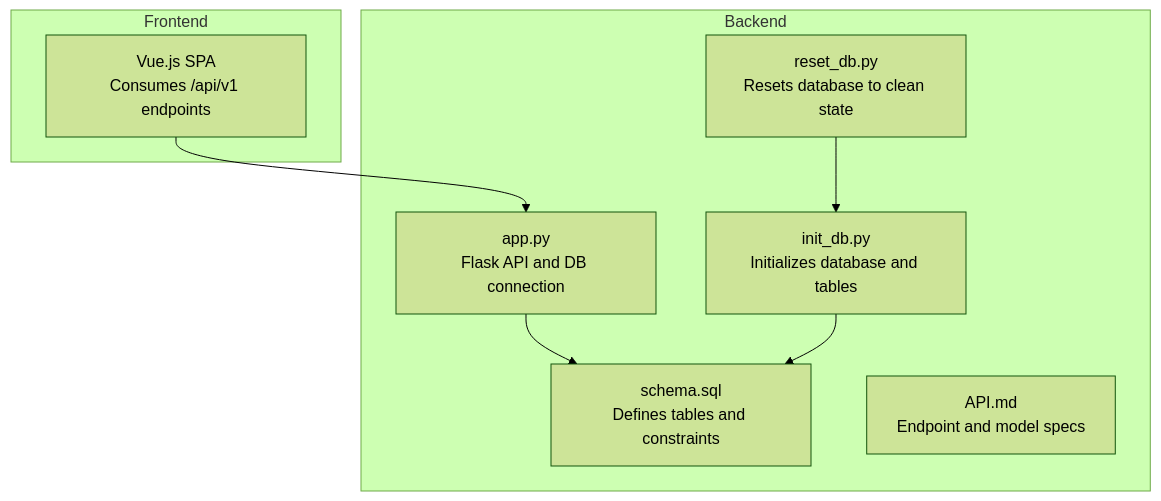
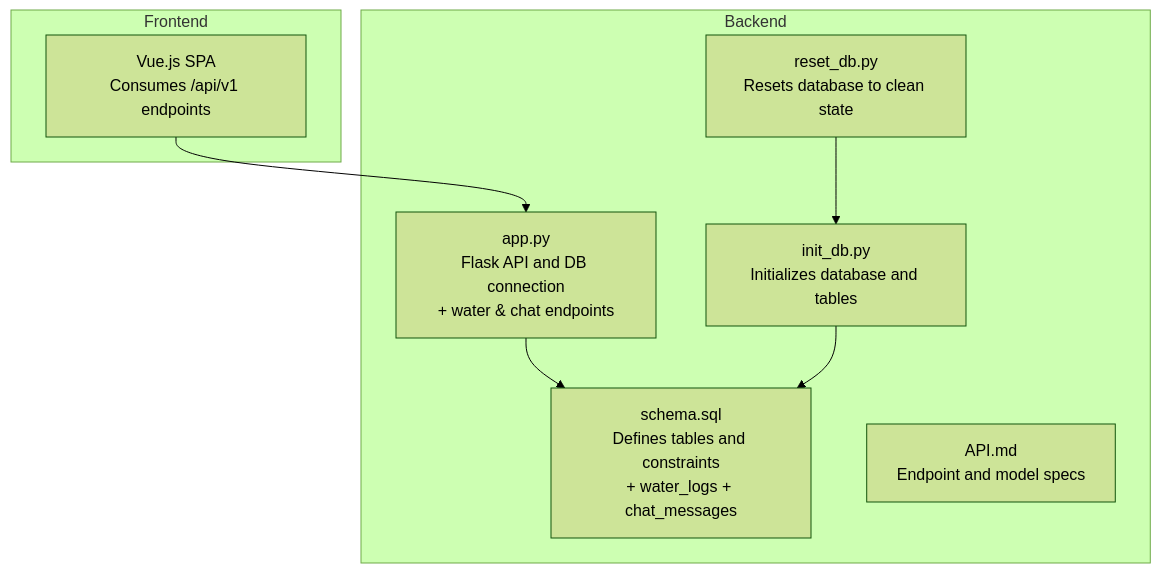
Before and after one commit to hsarjun04-netizen/NUTRICooACH: the first of 6 diagrams in .qoder/repowiki/en/content/Backend API Server/Database Schema Design.md, drawn with Mermaid (forest theme). The commit also changed other lines of this file and 8 other files, not shown here.

Commit message:
Redesign Dashboard: dark sidebar, hero banner, activity chart, calendar, donut chart, water tracker

````diff
--- a/.qoder/repowiki/en/content/Backend API Server/Database Schema Design.md
+++ b/.qoder/repowiki/en/content/Backend API Server/Database Schema Design.md
@@ -45,17 +46,17 @@
 ```mermaid
 graph TB
 subgraph "Backend"
-A["schema.sql<br/>Defines tables and constraints"]
+A["schema.sql<br/>Defines tables and constraints<br/>+ water_logs + chat_messages"]
 B["init_db.py<br/>Initializes database and tables"]
 C["reset_db.py<br/>Resets database to clean state"]
-D["app.py<br/>Flask API and DB connection"]
+D["app.py<br/>Flask API and DB connection<br/>+ water & chat endpoints"]
 E["API.md<br/>Endpoint and model specs"]
 end
 subgraph "Frontend"
 F["Vue.js SPA<br/>Consumes /api/v1 endpoints"]
 end
 F --> D
 D --> A
 B --> A
 C --> B
 ```
````
